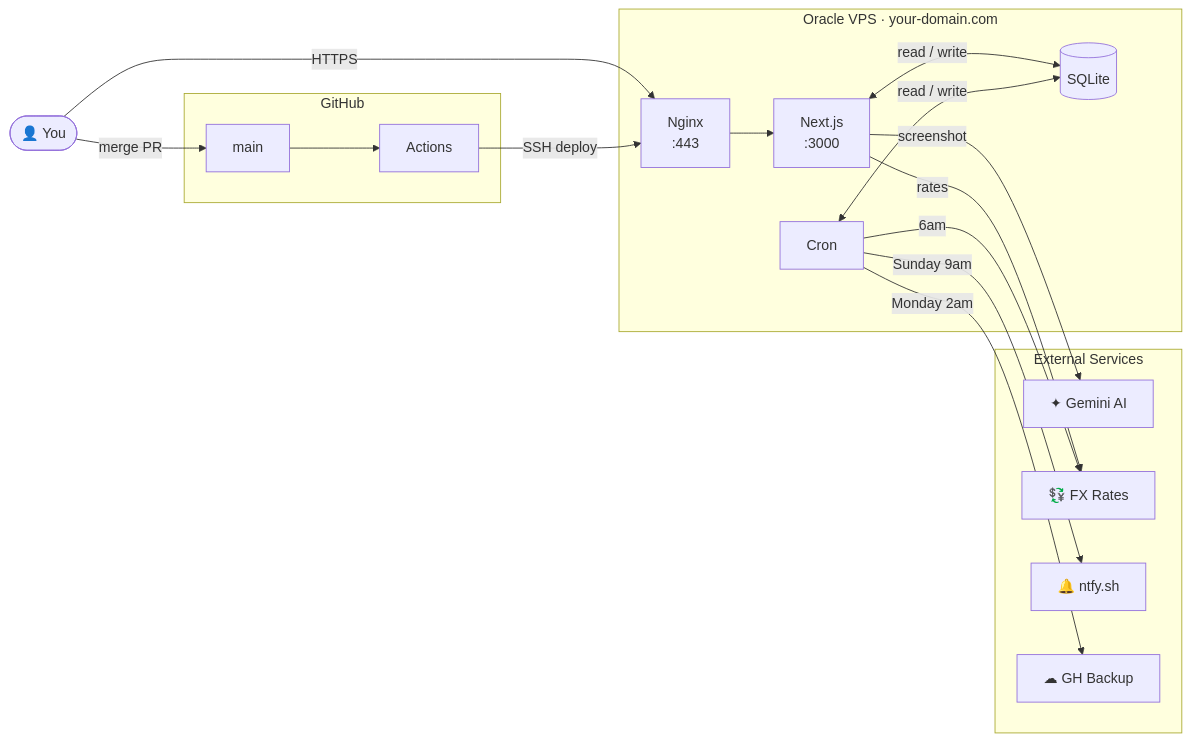
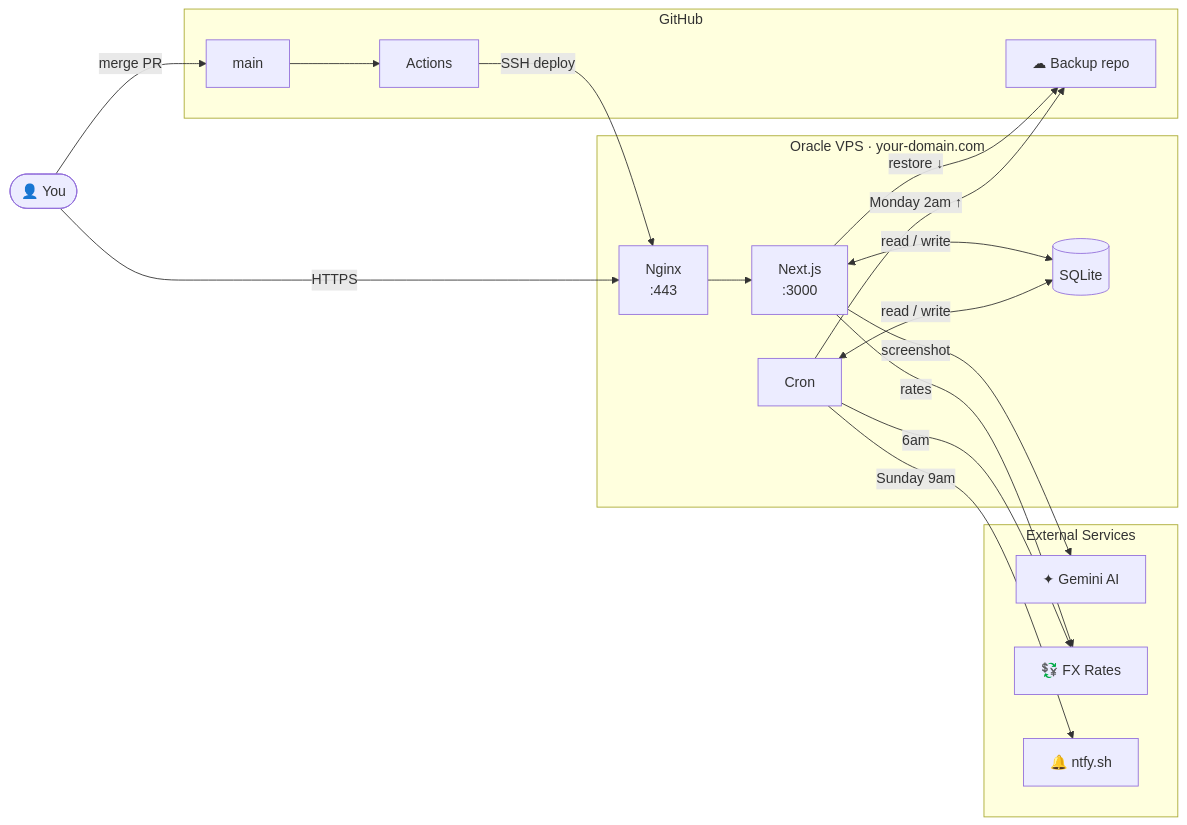
One commit to gdevsing/Vaulted changed the diagram in ARCHITECTURE.md. Above: the diagram before and after it, drawn with Mermaid. The commit also changed other lines of this file, not shown here.

Commit message:
docs: update ARCHITECTURE.md with DB restore feature

````diff
--- a/ARCHITECTURE.md
+++ b/ARCHITECTURE.md
@@ -5,38 +5,37 @@
 ```mermaid
 flowchart LR
     You(["👤 You"])
 
     subgraph GH["GitHub"]
         main["main"]
         Actions["Actions"]
+        Backup["☁ Backup repo"]
     end
 
     subgraph VPS["Oracle VPS · your-domain.com"]
-        Nginx["Nginx
-:443"]
-        Next["Next.js
-:3000"]
+        Nginx["Nginx\n:443"]
+        Next["Next.js\n:3000"]
         Cron["Cron"]
         DB[("SQLite")]
     end
 
     subgraph Ext["External Services"]
         Gemini["✦ Gemini AI"]
         FX["💱 FX Rates"]
         Ntfy["🔔 ntfy.sh"]
-        Backup["☁ GH Backup"]
     end
 
     You -->|"merge PR"| main
     You -->|"HTTPS"| Nginx
     main --> Actions
     Actions -->|"SSH deploy"| Nginx
     Nginx --> Next
     Next <-->|"read / write"| DB
     Cron <-->|"read / write"| DB
     Next -->|"screenshot"| Gemini
     Next -->|"rates"| FX
+    Next -->|"restore ↓"| Backup
     Cron -->|"6am"| FX
     Cron -->|"Sunday 9am"| Ntfy
-    Cron -->|"Monday 2am"| Backup
+    Cron -->|"Monday 2am ↑"| Backup
 ```
````
